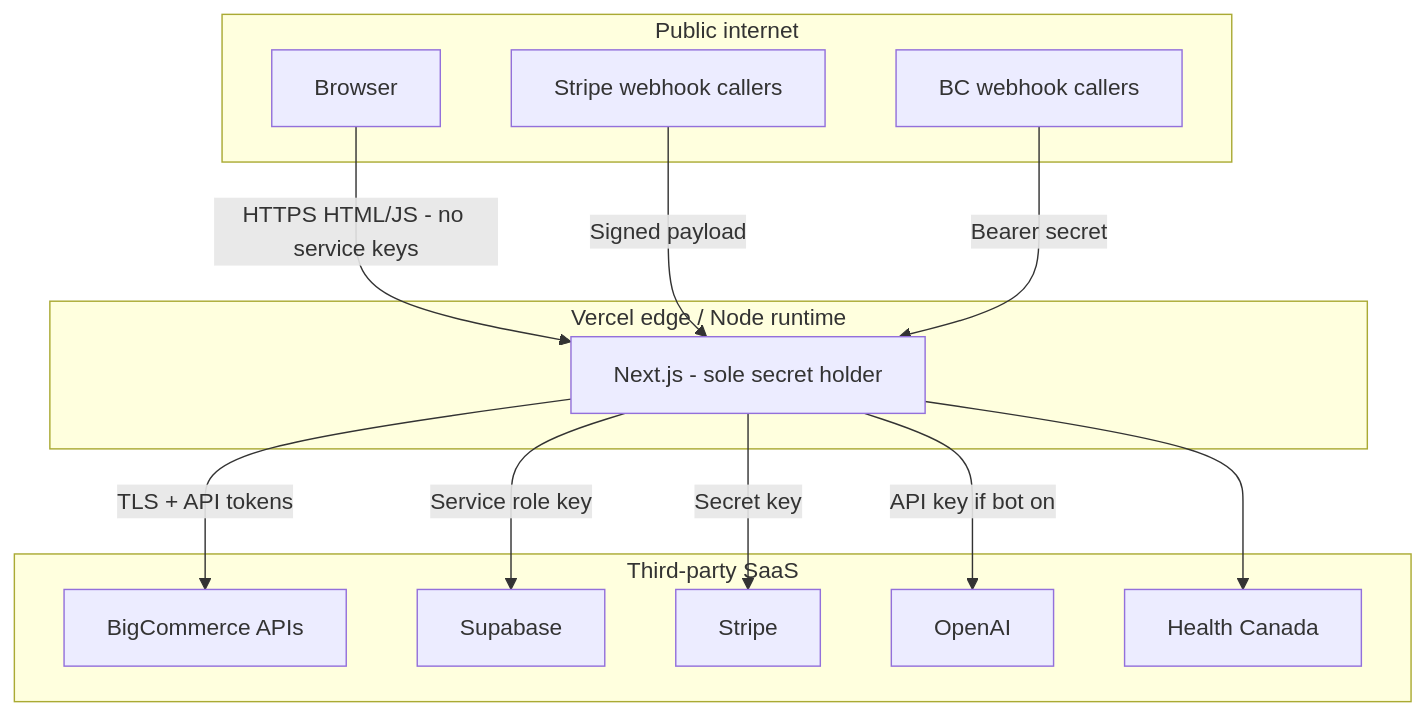
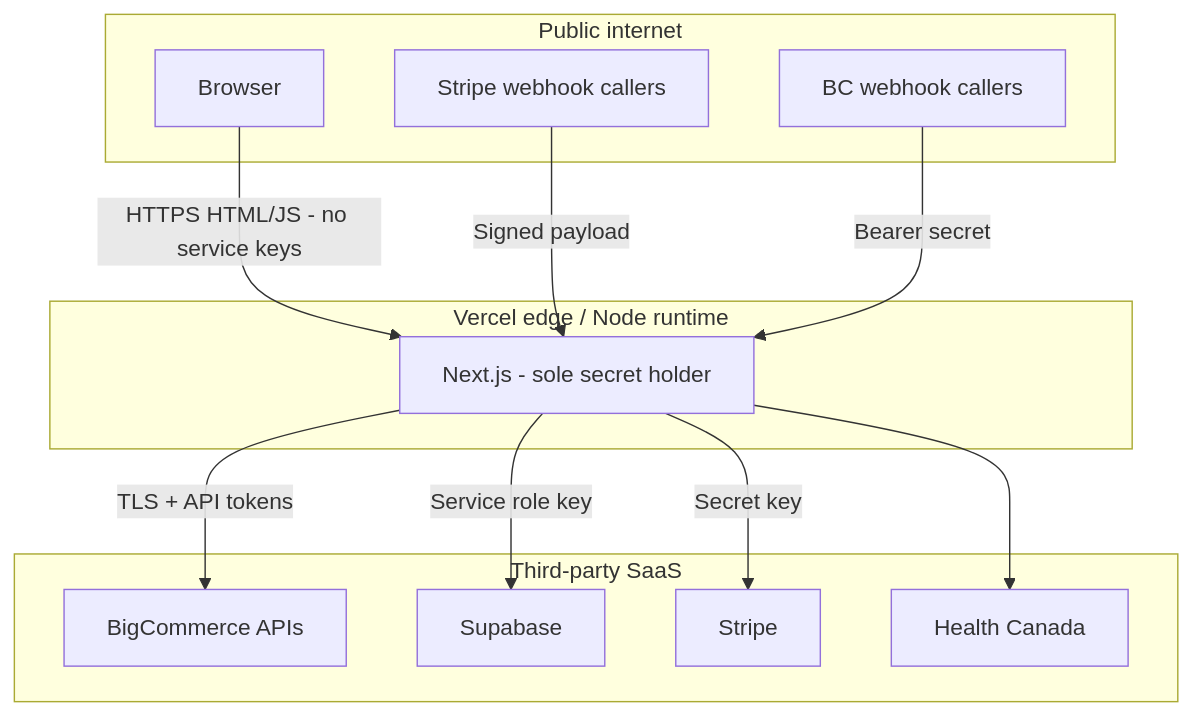
Before and after one commit to lolo19950603/liivv-test-catalyst-app: the second of 6 diagrams in docs/Liivv-Architecture.md, drawn with Mermaid. The commit also changed other lines of this file and 2 other files, not shown here.

Commit message:
Drop the OpenAI vendor name from the IT pack and label diagram hops with how each path is protected.

````diff
--- a/docs/Liivv-Architecture.md
+++ b/docs/Liivv-Architecture.md
@@ -185,29 +187,27 @@
 ```mermaid
 flowchart TB
   subgraph Public["Public internet"]
     Browser
     StripeWH[Stripe webhook callers]
     BCWH[BC webhook callers]
   end
 
   subgraph Edge["Vercel edge / Node runtime"]
     Next[Next.js - sole secret holder]
   end
 
   subgraph SaaS["Third-party SaaS"]
     BC[BigCommerce APIs]
     SB[Supabase]
     ST[Stripe]
-    AI[OpenAI]
     DPD[Health Canada]
   end
 
   Browser -->|HTTPS HTML/JS - no service keys| Next
   StripeWH -->|Signed payload| Next
   BCWH -->|Bearer secret| Next
   Next -->|TLS + API tokens| BC
   Next -->|Service role key| SB
   Next -->|Secret key| ST
-  Next -->|API key if bot on| AI
   Next --> DPD
 ```
````
